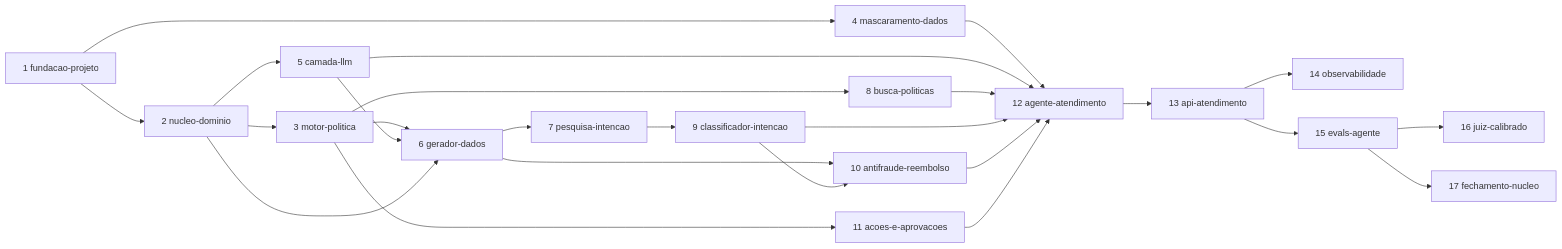
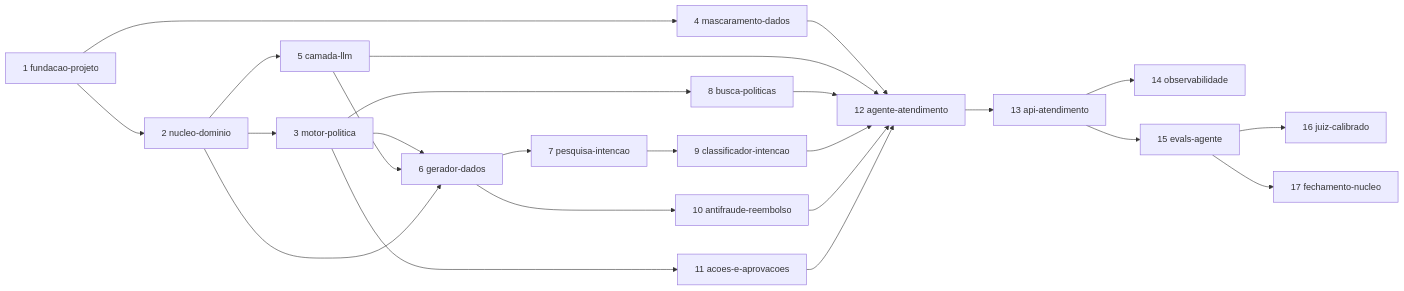
One commit to lucasg0m7s/deliverius-ai changed the diagram in docs/roadmap.md. Above: the diagram before and after it, drawn with Mermaid. The commit also changed other lines of this file and 12 other files, not shown here.

````diff
--- a/docs/roadmap.md
+++ b/docs/roadmap.md
@@ -46,27 +46,26 @@
 ```mermaid
 flowchart LR
   F[1 fundacao-projeto] --> D[2 nucleo-dominio]
   F --> M[4 mascaramento-dados]
   D --> P[3 motor-politica]
   D --> L[5 camada-llm]
   P --> G[6 gerador-dados]
   L --> G
   D --> G
   G --> PI[7 pesquisa-intencao]
   P --> B[8 busca-politicas]
   PI --> CI[9 classificador-intencao]
   G --> AF[10 antifraude-reembolso]
-  CI --> AF
   P --> AA[11 acoes-e-aprovacoes]
   M --> AG[12 agente-atendimento]
   L --> AG
   B --> AG
   CI --> AG
   AF --> AG
   AA --> AG
   AG --> API[13 api-atendimento]
   API --> O[14 observabilidade]
   API --> E[15 evals-agente]
   E --> J[16 juiz-calibrado]
   E --> FN[17 fechamento-nucleo]
 ```
````
